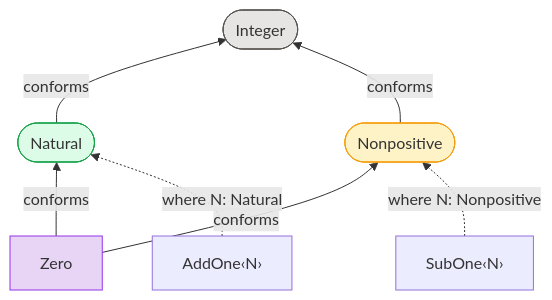
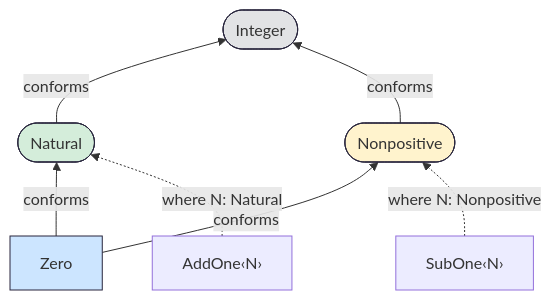
The diagram in tutorial/diagrams/protocol-hierarchy.mmd (jakebromberg/misuse-of-notation), drawn with Mermaid before and after one commit. The commit also changed 11 other files, not shown here.

Commit message:
Style diagrams to match reference: drop shadows, white fills, dark strokes

```diff
--- a/tutorial/diagrams/protocol-hierarchy.mmd
+++ b/tutorial/diagrams/protocol-hierarchy.mmd
@@ -1,19 +1,19 @@
 flowchart BT
     Integer(["Integer"])
     Natural(["Natural"])
     Nonpositive(["Nonpositive"])
     Zero["Zero"]
     AddOne["AddOne‹N›"]
     SubOne["SubOne‹N›"]
 
     Natural -- "conforms" --> Integer
     Nonpositive -- "conforms" --> Integer
     Zero -- "conforms" --> Natural
     Zero -- "conforms" --> Nonpositive
     AddOne -. "where N: Natural" .-> Natural
     SubOne -. "where N: Nonpositive" .-> Nonpositive
 
-    style Integer fill:#e7e5e4,stroke:#57534e
-    style Natural fill:#dcfce7,stroke:#16a34a
-    style Nonpositive fill:#fef3c7,stroke:#f59e0b
-    style Zero fill:#e8d5f5,stroke:#9333ea
+    style Integer fill:#e2e3e5,stroke:#28253D
+    style Natural fill:#d4edda,stroke:#28253D
+    style Nonpositive fill:#fff3cd,stroke:#28253D
+    style Zero fill:#cce5ff,stroke:#28253D
```
